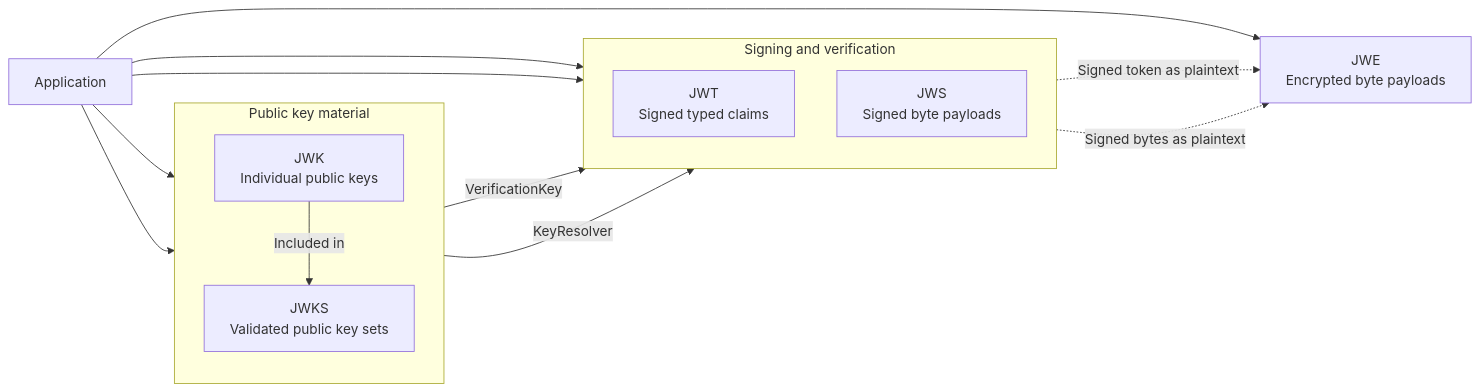
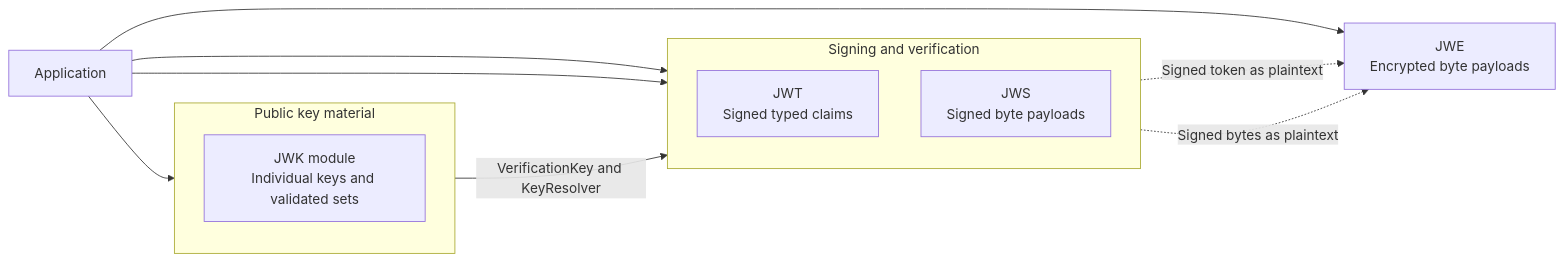
The first of 20 diagrams in DESIGN.md (mkbeh/xjose), drawn with Mermaid before and after one commit. The commit also changed other lines of this file and 25 other files, not shown here.

Commit message:
refactor(jwk)!: merge JWK Set support into jwk module

````diff
--- a/DESIGN.md
+++ b/DESIGN.md
@@ -29,28 +29,24 @@
 ```mermaid
 flowchart LR
     App[Application]
 
     subgraph Keys["Public key material"]
         direction TB
-        JWK[JWK<br/>Individual public keys]
-        JWKS[JWKS<br/>Validated public key sets]
-        JWK -->|Included in| JWKS
+        JWK[JWK module<br/>Individual keys and validated sets]
     end
 
     subgraph Signing["Signing and verification"]
         direction TB
         JWT[JWT<br/>Signed typed claims]
         JWS[JWS<br/>Signed byte payloads]
     end
 
     JWE[JWE<br/>Encrypted byte payloads]
     App --> JWT
     App --> JWS
     App --> JWE
     App --> JWK
-    App --> JWKS
-    JWK -->|VerificationKey| JWT
-    JWKS -->|KeyResolver| JWT
+    JWK -->|VerificationKey and KeyResolver| JWT
     JWT -.->|Signed token as plaintext| JWE
     JWS -.->|Signed bytes as plaintext| JWE
 ```
````
